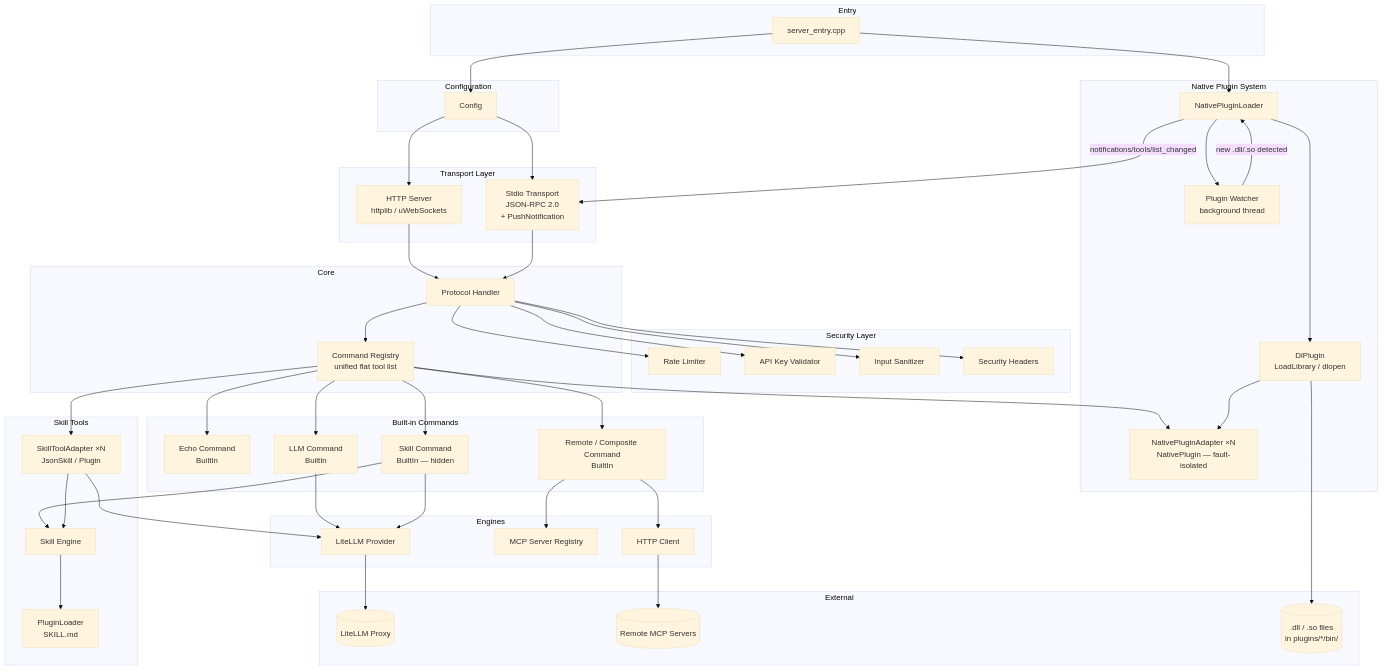
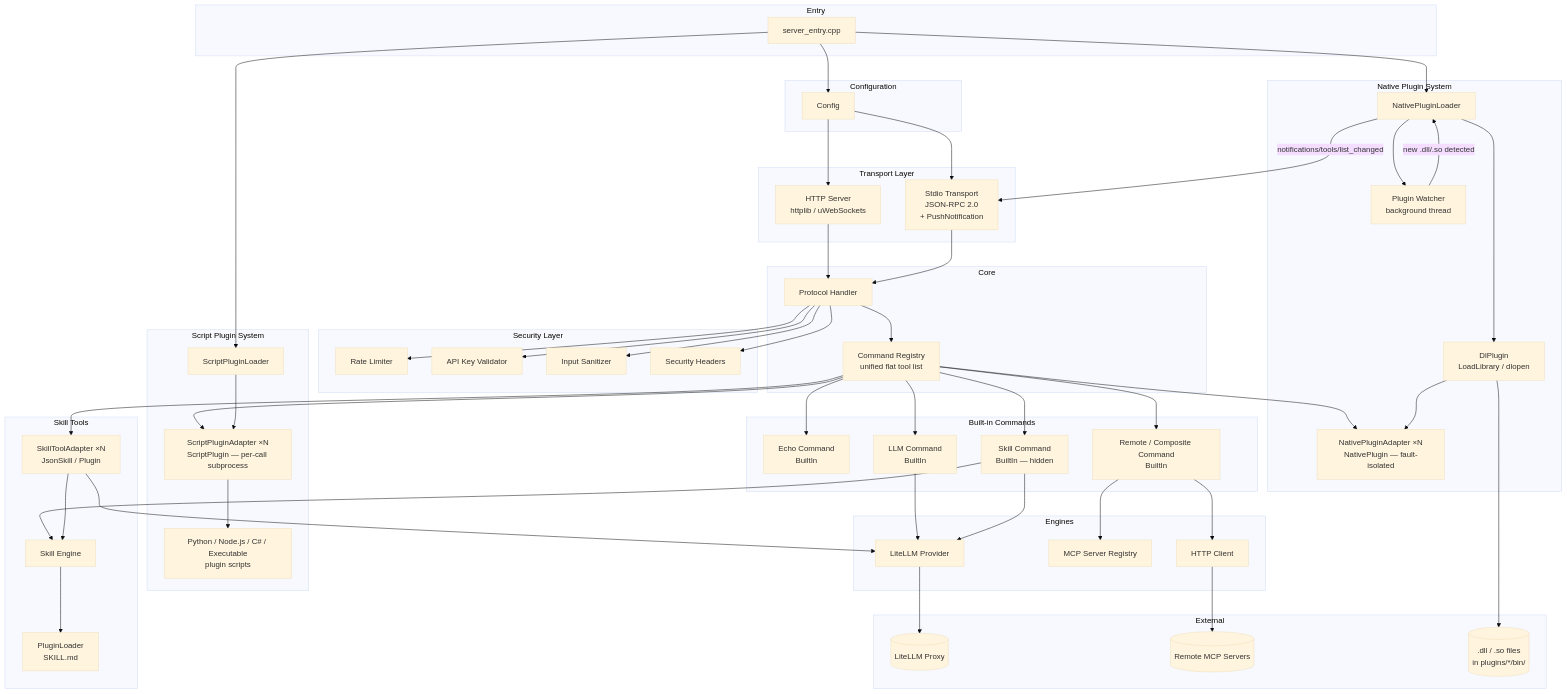
Before and after one commit to RockyRocks/MCP_Open: the first of 3 diagrams in README.md, drawn with Mermaid (base theme). The commit also changed other lines of this file, not shown here.

````diff
--- a/README.md
+++ b/README.md
@@ -125,6 +125,12 @@
         NPA[NativePluginAdapter ×N<br/>NativePlugin — fault-isolated]
     end
 
+    subgraph Script Plugin System
+        SPL[ScriptPluginLoader]
+        SPA[ScriptPluginAdapter ×N<br/>ScriptPlugin — per-call subprocess]
+        SCRIPT[Python / Node.js / C# / Executable<br/>plugin scripts]
+    end
+
     subgraph Engines
         LP[LiteLLM Provider]
         MSR[MCP Server Registry]
@@ -139,6 +145,7 @@
 
     MAIN --> CFG
     MAIN --> NPL
+    MAIN --> SPL
     CFG --> HTTP
     CFG --> STDIO
 
@@ -157,6 +164,7 @@
     CR --> REMOTE_CMD
     CR --> STA
     CR --> NPA
+    CR --> SPA
 
     LLM_CMD --> LP
     SKILL_CMD --> SE
@@ -174,6 +182,9 @@
     WATCH -->|new .dll/.so detected| NPL
     NPL -->|notifications/tools/list_changed| STDIO
 
+    SPL --> SPA
+    SPA --> SCRIPT
+
     LP --> LITELLM
     HC --> REMOTE_SRV
 ```
````
